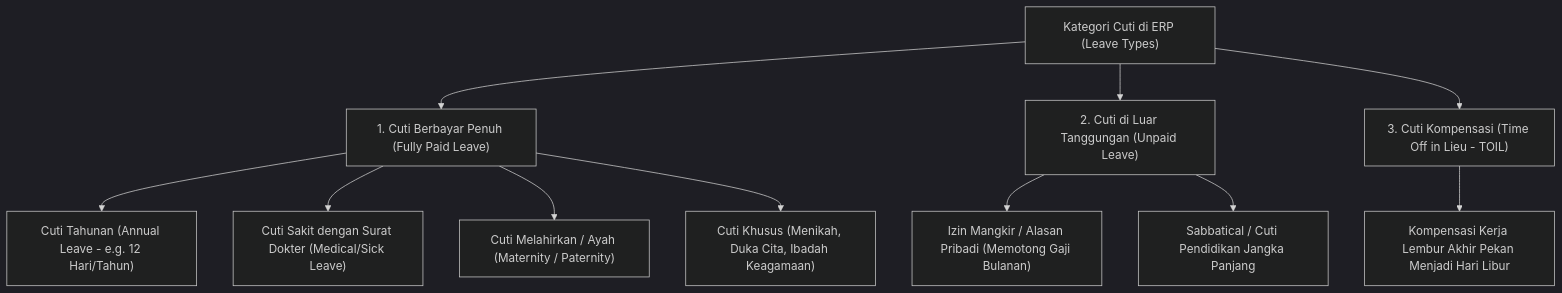
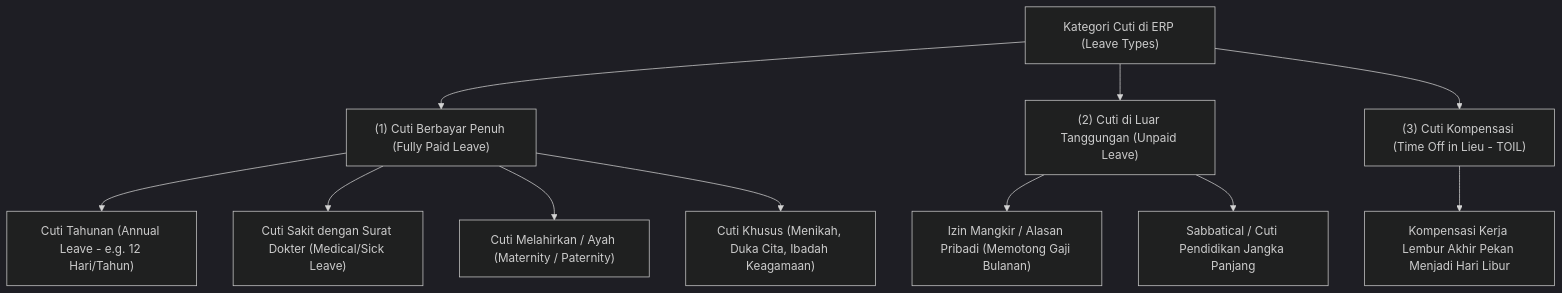
One commit to alimurrofid/erp-notes changed the first of 2 diagrams in content/10-hr/leave-management.md. Above: the diagram before and after it, drawn with Mermaid (dark theme). The commit also changed 132 other files, not shown here.

````diff
--- a/content/10-hr/leave-management.md
+++ b/content/10-hr/leave-management.md
@@ -29,17 +29,17 @@
 ```mermaid
 flowchart TD
     LEAVE["Kategori Cuti di ERP (Leave Types)"]
-    LEAVE --> PAID["1. Cuti Berbayar Penuh (Fully Paid Leave)"]
-    LEAVE --> UNPAID["2. Cuti di Luar Tanggungan (Unpaid Leave)"]
-    LEAVE --> COMP["3. Cuti Kompensasi (Time Off in Lieu - TOIL)"]
+    LEAVE --> PAID["(1) Cuti Berbayar Penuh (Fully Paid Leave)"]
+    LEAVE --> UNPAID["(2) Cuti di Luar Tanggungan (Unpaid Leave)"]
+    LEAVE --> COMP["(3) Cuti Kompensasi (Time Off in Lieu - TOIL)"]
 
     PAID --> P1["Cuti Tahunan (Annual Leave - e.g. 12 Hari/Tahun)"]
     PAID --> P2["Cuti Sakit dengan Surat Dokter (Medical/Sick Leave)"]
     PAID --> P3["Cuti Melahirkan / Ayah (Maternity / Paternity)"]
     PAID --> P4["Cuti Khusus (Menikah, Duka Cita, Ibadah Keagamaan)"]
 
     UNPAID --> U1["Izin Mangkir / Alasan Pribadi (Memotong Gaji Bulanan)"]
     UNPAID --> U2["Sabbatical / Cuti Pendidikan Jangka Panjang"]
 
     COMP --> C1["Kompensasi Kerja Lembur Akhir Pekan Menjadi Hari Libur"]
 ```
````
